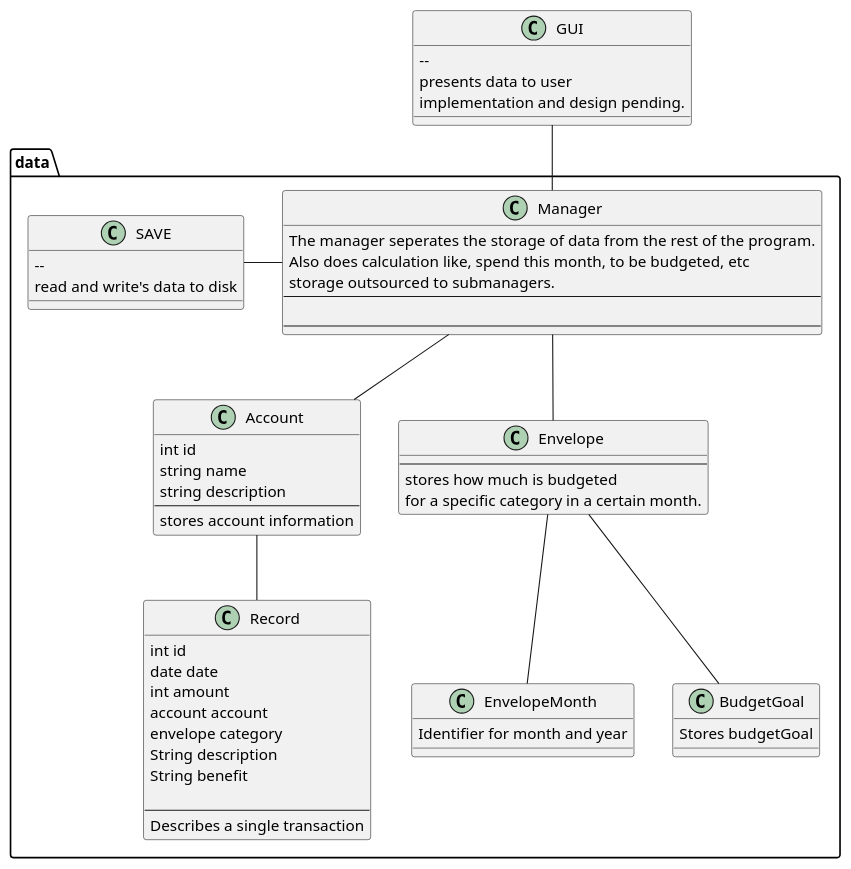
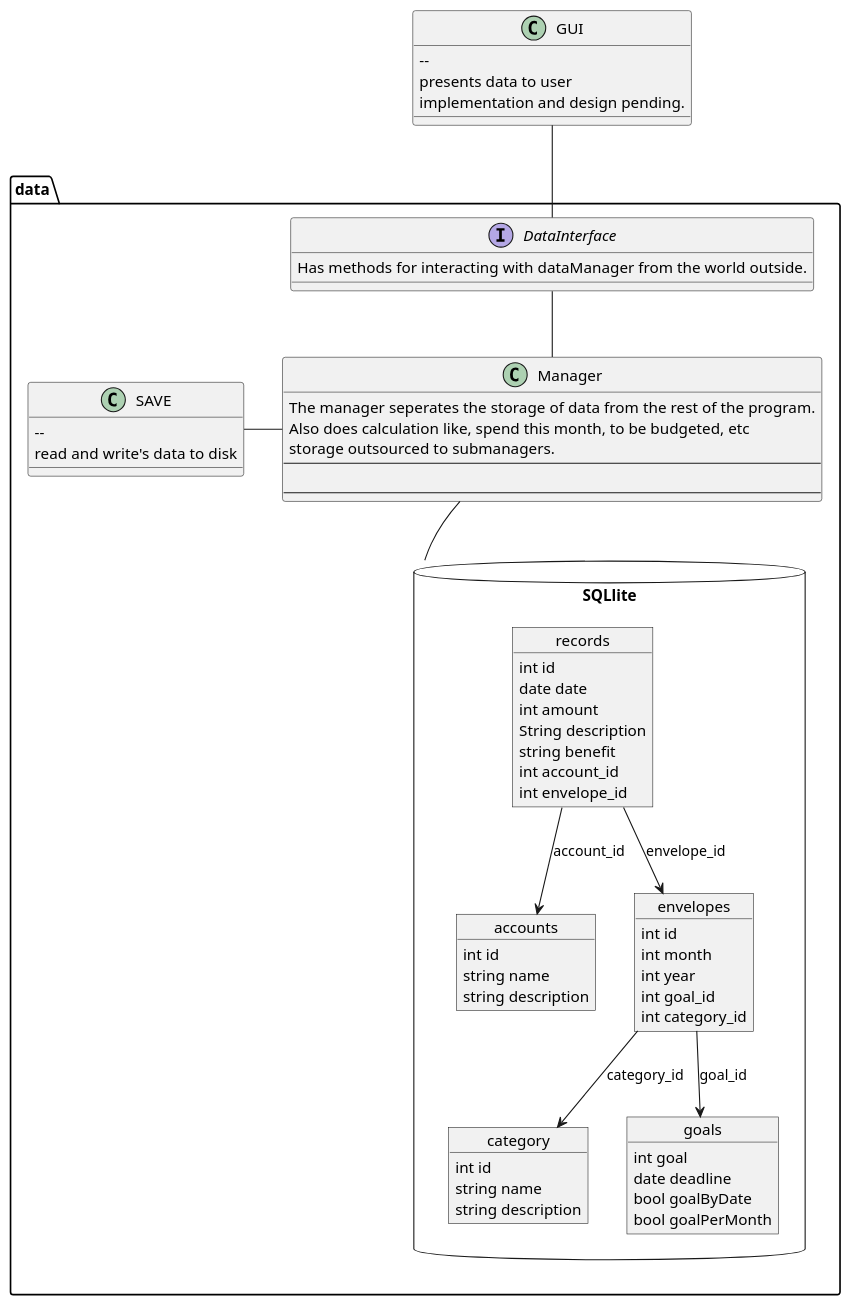
Before and after one commit to gorgabal/EnvelopeBudget: the diagram in doc/envelopeBudget.plantuml, drawn with PlantUML. The commit also changed 2 other files, not shown here.

Commit message:
documented goals and technical decisions.

```diff
--- a/doc/envelopeBudget.plantuml
+++ b/doc/envelopeBudget.plantuml
@@ -1,74 +1,87 @@
 @startuml
 package data{
 
+
+interface DataInterface{
+    Has methods for interacting with dataManager from the world outside.
+}
 
     class Manager{
     The manager seperates the storage of data from the rest of the program.
     Also does calculation like, spend this month, to be budgeted, etc
     storage outsourced to submanagers.
     ----
 
     ----
     }
 
-    class Record{
-      int id
-      date date
-      int amount
-      account account
-      envelope category
-      String description
-      String benefit
-
-      --
-      Describes a single transaction
-    }
-
-
-
-    class Account {
-      int id
-      string name
-      string description
-      --
-      stores account information
-    }
-
-
-    class Envelope{
-      --
-      stores how much is budgeted
-      for a specific category in a certain month.
-    }
     class SAVE{
 
     --
     read and write's data to disk
     }
-    class EnvelopeMonth{
-        Identifier for month and year
+    package SQLlite <<Database>> {
+        object accounts{
+            int id
+            string name
+            string description
+        }
+        object records{
+            int id
+            date date
+            int amount
+            String description
+            string benefit
+            int account_id
+            int envelope_id
+
+        }
+
+        object envelopes{
+            int id
+            int month
+            int year
+            int goal_id
+            int category_id
+        }
+
+        object category{
+            int id
+            string name
+            string description
+        }
+
+        object goals{
+            int goal
+            date deadline
+            bool goalByDate
+            bool goalPerMonth
+        }
+
+       records --> accounts : account_id
+       records --> envelopes :envelope_id
+       envelopes --> goals : goal_id
+       envelopes --> category : category_id
+
     }
 
-    class BudgetGoal{
-        Stores budgetGoal
-    }
 }
 
 
 class GUI{
 
     --
     presents data to user
     implementation and design pending.
     }
 
 
 
-GUI -- Manager
+GUI -- DataInterface
 SAVE - Manager
-Manager -- Account
-Manager -- Envelope
-Account -- Record
-Envelope -- BudgetGoal
-Envelope -- EnvelopeMonth
+DataInterface -- Manager
+Manager -- SQLlite
+
+
+
 @enduml
```
